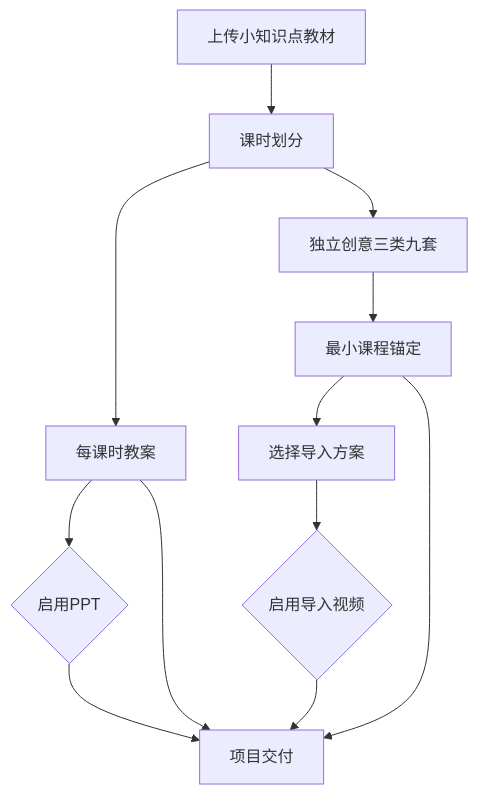
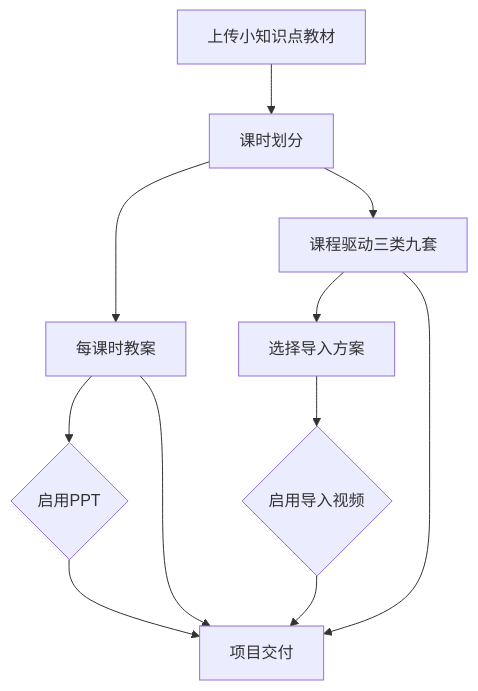
Before and after one commit to DOIT-Ben/ShanHaiEdu-kejian-system: the diagram in docs/workflows/END_TO_END_WORKFLOW.md, drawn with Mermaid. The commit also changed other lines of this file and 61 other files, not shown here.

````diff
--- a/docs/workflows/END_TO_END_WORKFLOW.md
+++ b/docs/workflows/END_TO_END_WORKFLOW.md
@@ -7,14 +7,13 @@
 ```mermaid
 flowchart TD
     Material[上传小知识点教材] --> Divide[课时划分]
     Divide --> Plan[每课时教案]
-    Divide --> Intro[独立创意三类九套]
-    Intro --> Anchor[最小课程锚定]
-    Anchor --> Select[选择导入方案]
+    Divide --> Intro[课程驱动三类九套]
+    Intro --> Select[选择导入方案]
     Plan --> PPT{启用PPT}
     Select --> Video{启用导入视频}
     PPT --> Delivery[项目交付]
     Video --> Delivery
-    Anchor --> Delivery
+    Intro --> Delivery
     Plan --> Delivery
 ```
````
